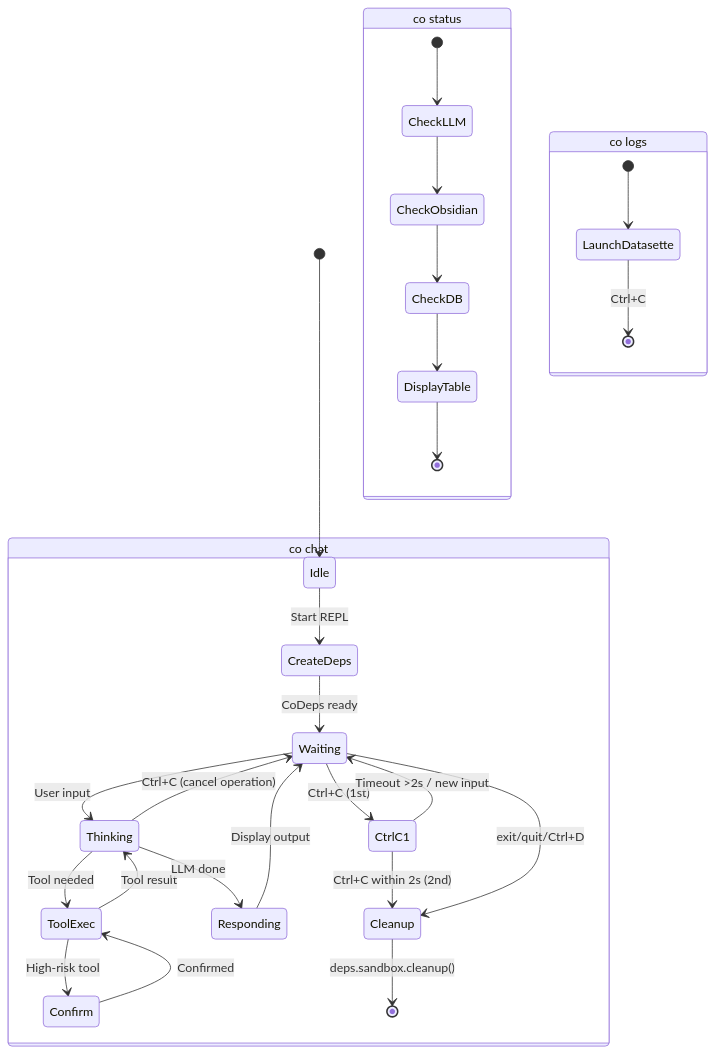
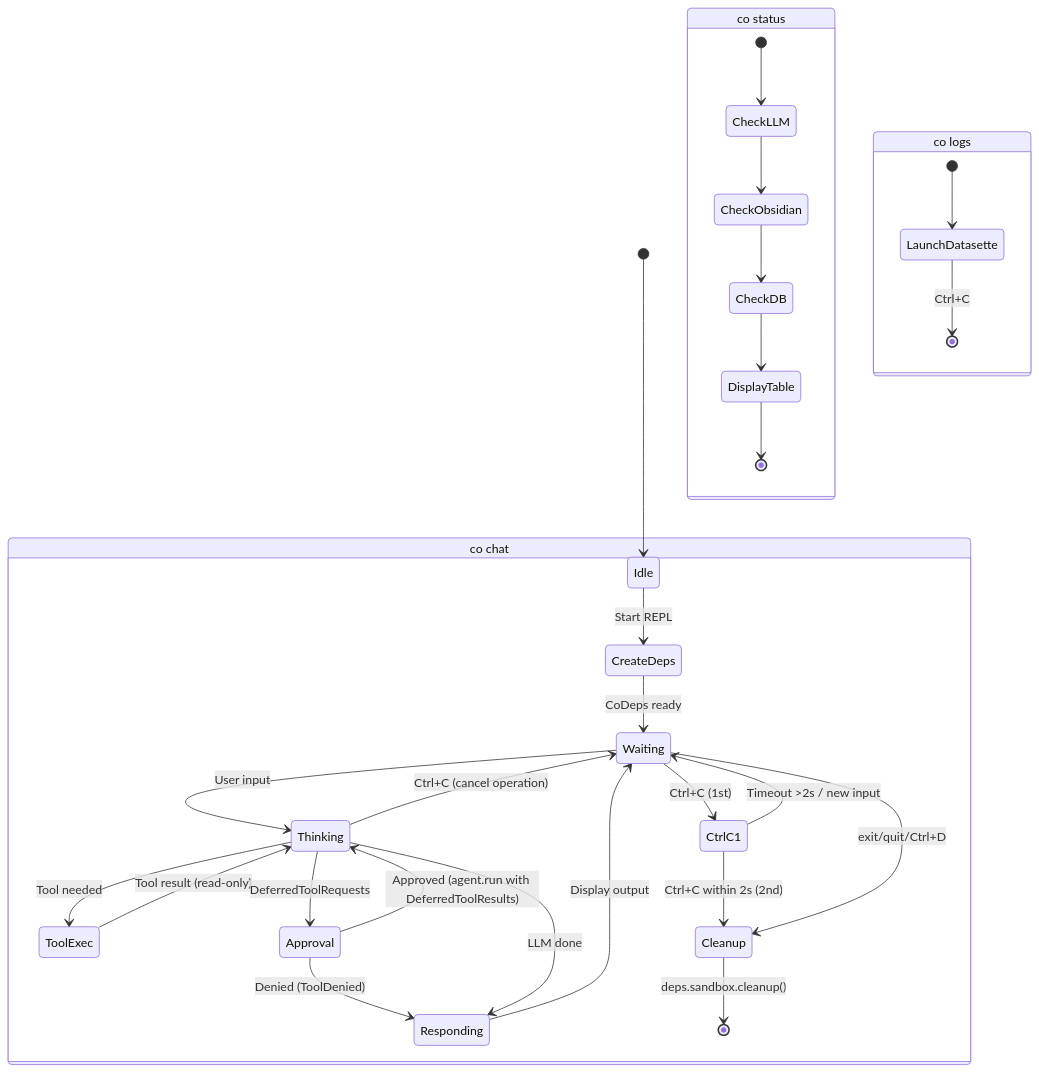
One commit to binlecode/co-cli changed the eighth of 15 diagrams in docs/DESIGN-co-cli.md. Above: the diagram before and after it, drawn with Mermaid. The commit also changed other lines of this file and 1 other file, not shown here.

First line of the commit message:
Update design docs: chained approvals, args variance, shell tool flow

````diff
--- a/docs/DESIGN-co-cli.md
+++ b/docs/DESIGN-co-cli.md
@@ -489,35 +535,36 @@
 ```mermaid
 stateDiagram-v2
     [*] --> Idle
 
     state "co chat" as Chat {
         Idle --> CreateDeps: Start REPL
         CreateDeps --> Waiting: CoDeps ready
         Waiting --> Thinking: User input
         Thinking --> ToolExec: Tool needed
-        ToolExec --> Confirm: High-risk tool
-        Confirm --> ToolExec: Confirmed
-        ToolExec --> Thinking: Tool result
+        ToolExec --> Thinking: Tool result (read-only)
+        Thinking --> Approval: DeferredToolRequests
+        Approval --> Thinking: Approved (agent.run with DeferredToolResults)
+        Approval --> Responding: Denied (ToolDenied)
         Thinking --> Responding: LLM done
         Responding --> Waiting: Display output
         Thinking --> Waiting: Ctrl+C (cancel operation)
         Waiting --> CtrlC1: Ctrl+C (1st)
         CtrlC1 --> Cleanup: Ctrl+C within 2s (2nd)
         CtrlC1 --> Waiting: Timeout >2s / new input
         Waiting --> Cleanup: exit/quit/Ctrl+D
         Cleanup --> [*]: deps.sandbox.cleanup()
     }
 
     state "co status" as Status {
         [*] --> CheckLLM
         CheckLLM --> CheckObsidian
         CheckObsidian --> CheckDB
         CheckDB --> DisplayTable
         DisplayTable --> [*]
     }
 
     state "co logs" as Logs {
         [*] --> LaunchDatasette
         LaunchDatasette --> [*]: Ctrl+C
     }
 ```
````
